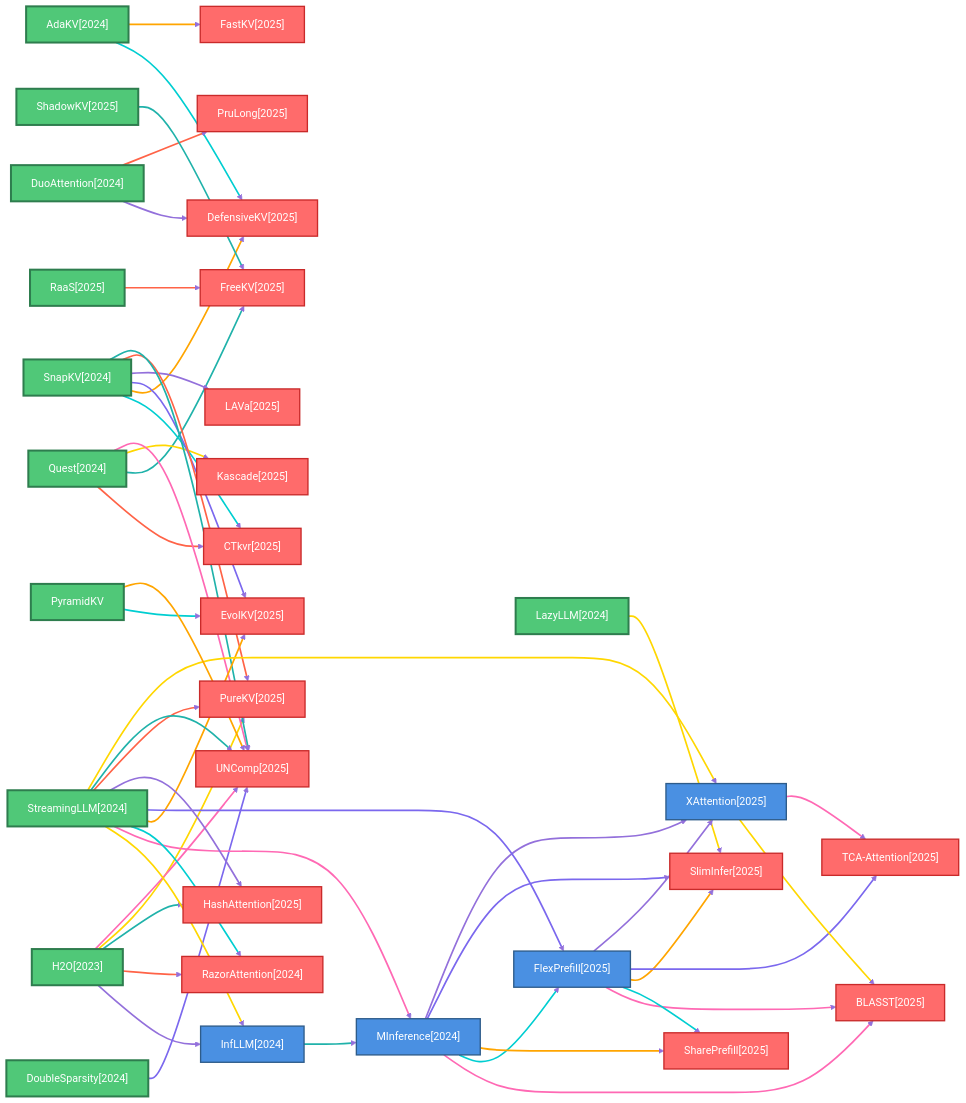
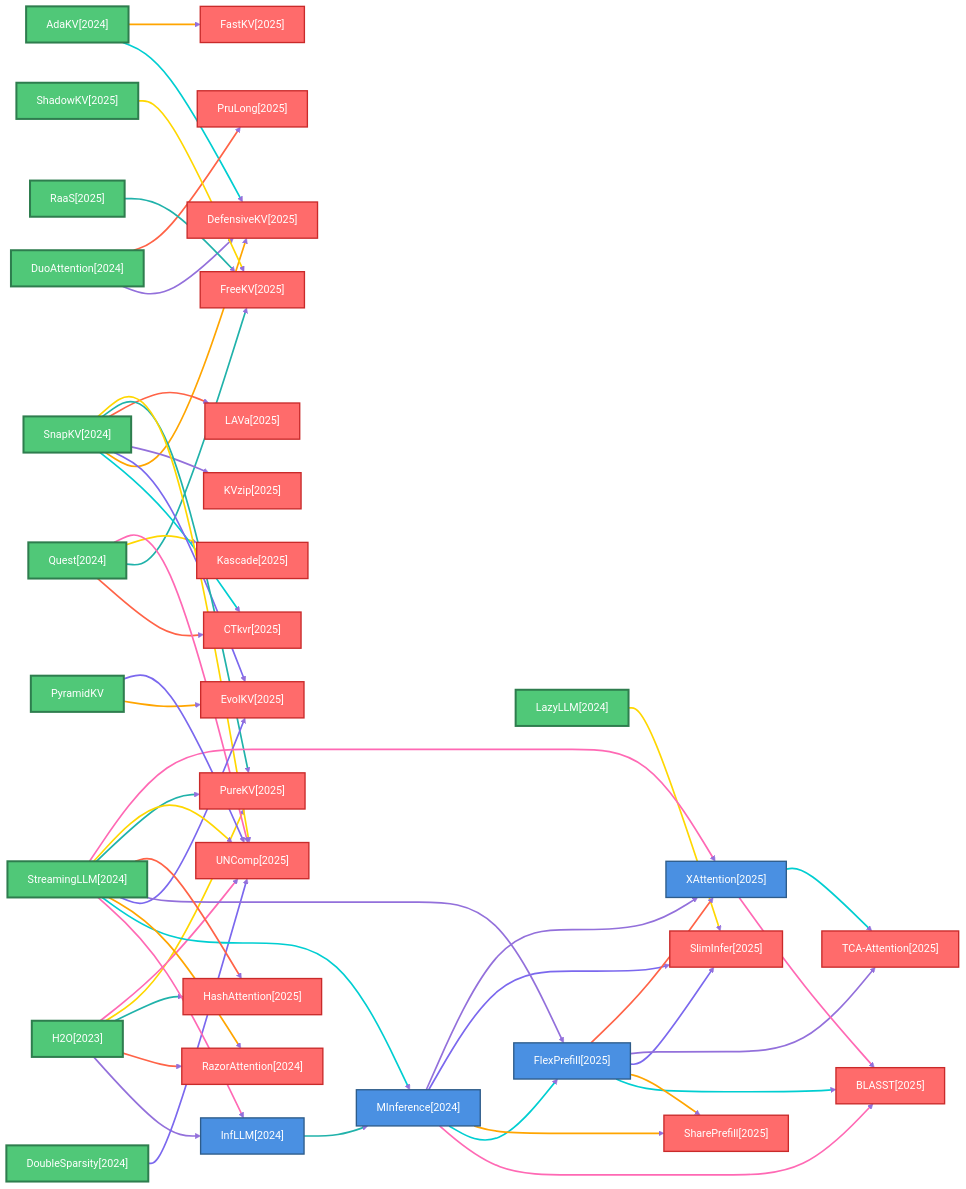
Before and after one commit to hustzxd/EfficientPaper: the first of 10 diagrams in docs/baseline_methods_graph.md, drawn with Mermaid (forest theme). The commit also changed other lines of this file and 78 other files, not shown here.

````diff
--- a/docs/baseline_methods_graph.md
+++ b/docs/baseline_methods_graph.md
@@ -53,6 +53,8 @@
     class 2025_FreeKV leafNode
     2025_HashAttention["HashAttention[2025]"]
     class 2025_HashAttention leafNode
+    2025_KVzip["KVzip[2025]"]
+    class 2025_KVzip leafNode
     2025_Kascade["Kascade[2025]"]
     class 2025_Kascade leafNode
     2025_LAVa["LAVa[2025]"]
@@ -126,50 +128,52 @@
     linkStyle 22 stroke:#FFA500,stroke-width:2.5px
     2024_SnapKV ==>|" "| 2025_EvolKV
     linkStyle 23 stroke:#7B68EE,stroke-width:2.5px
+    2024_SnapKV ==>|" "| 2025_KVzip
+    linkStyle 24 stroke:#9370DB,stroke-width:2.5px
     2024_SnapKV ==>|" "| 2025_LAVa
-    linkStyle 24 stroke:#9370DB,stroke-width:2.5px
+    linkStyle 25 stroke:#FF6347,stroke-width:2.5px
     2024_SnapKV ==>|" "| 2025_PureKV
-    linkStyle 25 stroke:#FF6347,stroke-width:2.5px
+    linkStyle 26 stroke:#20B2AA,stroke-width:2.5px
     2024_SnapKV ==>|" "| 2025_UNComp
-    linkStyle 26 stroke:#20B2AA,stroke-width:2.5px
+    linkStyle 27 stroke:#FFD700,stroke-width:2.5px
     2024_StreamingLLM ==>|" "| 2024_InfLLM
-    linkStyle 27 stroke:#FFD700,stroke-width:2.5px
+    linkStyle 28 stroke:#FF69B4,stroke-width:2.5px
     2024_StreamingLLM ==>|" "| 2024_MInference
-    linkStyle 28 stroke:#FF69B4,stroke-width:2.5px
+    linkStyle 29 stroke:#00CED1,stroke-width:2.5px
     2024_StreamingLLM ==>|" "| 2024_RazorAttention
-    linkStyle 29 stroke:#00CED1,stroke-width:2.5px
+    linkStyle 30 stroke:#FFA500,stroke-width:2.5px
     2024_StreamingLLM ==>|" "| 2025_EvolKV
-    linkStyle 30 stroke:#FFA500,stroke-width:2.5px
+    linkStyle 31 stroke:#7B68EE,stroke-width:2.5px
     2024_StreamingLLM ==>|" "| 2025_FlexPrefill
-    linkStyle 31 stroke:#7B68EE,stroke-width:2.5px
+    linkStyle 32 stroke:#9370DB,stroke-width:2.5px
     2024_StreamingLLM ==>|" "| 2025_HashAttention
-    linkStyle 32 stroke:#9370DB,stroke-width:2.5px
+    linkStyle 33 stroke:#FF6347,stroke-width:2.5px
     2024_StreamingLLM ==>|" "| 2025_PureKV
-    linkStyle 33 stroke:#FF6347,stroke-width:2.5px
+    linkStyle 34 stroke:#20B2AA,stroke-width:2.5px
     2024_StreamingLLM ==>|" "| 2025_UNComp
-    linkStyle 34 stroke:#20B2AA,stroke-width:2.5px
+    linkStyle 35 stroke:#FFD700,stroke-width:2.5px
     2024_StreamingLLM ==>|" "| 2025_XAttention
-    linkStyle 35 stroke:#FFD700,stroke-width:2.5px
+    linkStyle 36 stroke:#FF69B4,stroke-width:2.5px
     2025_FlexPrefill ==>|" "| 2025_BLASST
-    linkStyle 36 stroke:#FF69B4,stroke-width:2.5px
+    linkStyle 37 stroke:#00CED1,stroke-width:2.5px
     2025_FlexPrefill ==>|" "| 2025_SharePrefill
-    linkStyle 37 stroke:#00CED1,stroke-width:2.5px
+    linkStyle 38 stroke:#FFA500,stroke-width:2.5px
     2025_FlexPrefill ==>|" "| 2025_SlimInfer
-    linkStyle 38 stroke:#FFA500,stroke-width:2.5px
+    linkStyle 39 stroke:#7B68EE,stroke-width:2.5px
     2025_FlexPrefill ==>|" "| 2025_TCA_Attention
-    linkStyle 39 stroke:#7B68EE,stroke-width:2.5px
+    linkStyle 40 stroke:#9370DB,stroke-width:2.5px
     2025_FlexPrefill ==>|" "| 2025_XAttention
-    linkStyle 40 stroke:#9370DB,stroke-width:2.5px
+    linkStyle 41 stroke:#FF6347,stroke-width:2.5px
     2025_RaaS ==>|" "| 2025_FreeKV
-    linkStyle 41 stroke:#FF6347,stroke-width:2.5px
+    linkStyle 42 stroke:#20B2AA,stroke-width:2.5px
     2025_ShadowKV ==>|" "| 2025_FreeKV
-    linkStyle 42 stroke:#20B2AA,stroke-width:2.5px
+    linkStyle 43 stroke:#FFD700,stroke-width:2.5px
     2025_XAttention ==>|" "| 2025_BLASST
-    linkStyle 43 stroke:#FFD700,stroke-width:2.5px
+    linkStyle 44 stroke:#FF69B4,stroke-width:2.5px
     2025_XAttention ==>|" "| 2025_TCA_Attention
-    linkStyle 44 stroke:#FF69B4,stroke-width:2.5px
+    linkStyle 45 stroke:#00CED1,stroke-width:2.5px
     PyramidKV ==>|" "| 2025_EvolKV
-    linkStyle 45 stroke:#00CED1,stroke-width:2.5px
+    linkStyle 46 stroke:#FFA500,stroke-width:2.5px
     PyramidKV ==>|" "| 2025_UNComp
-    linkStyle 46 stroke:#FFA500,stroke-width:2.5px
+    linkStyle 47 stroke:#7B68EE,stroke-width:2.5px
 ```
````
